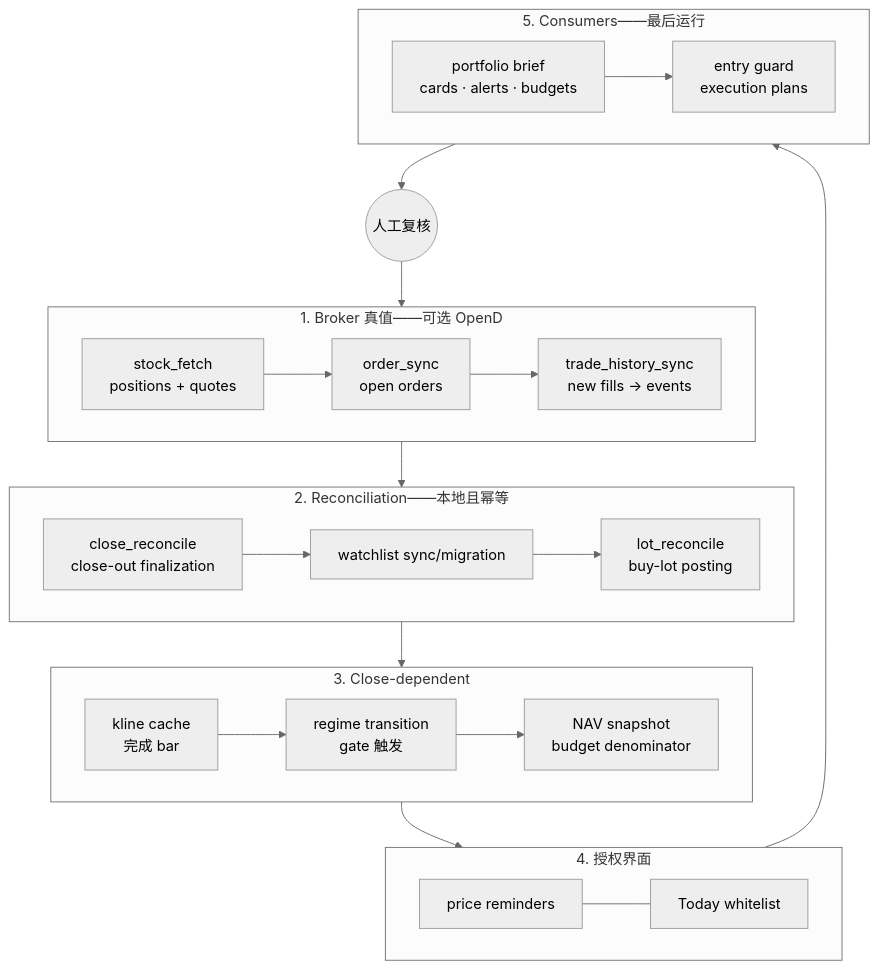
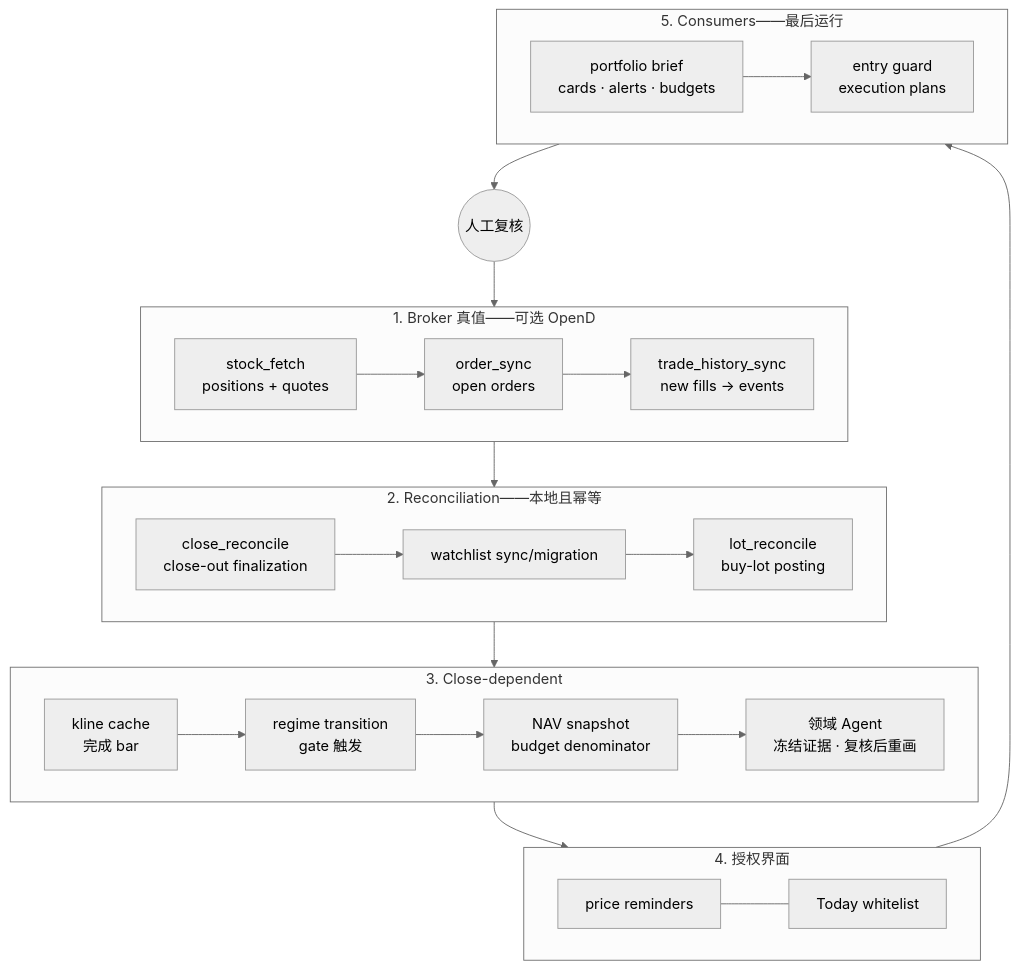
One commit to Coreychen4444/coreytrading changed the fifth of 5 diagrams in README_CN.md. Above: the diagram before and after it, drawn with Mermaid (neutral theme). The commit also changed other lines of this file and 138 other files, not shown here.

````diff
--- a/README_CN.md
+++ b/README_CN.md
@@ -402,25 +403,25 @@
 ```mermaid
 flowchart TD
     subgraph S1["1. Broker 真值——可选 OpenD"]
         direction LR
         P1["stock_fetch<br/>positions + quotes"] --> P2["order_sync<br/>open orders"] --> P3["trade_history_sync<br/>new fills → events"]
     end
     subgraph S2["2. Reconciliation——本地且幂等"]
         direction LR
         P4["close_reconcile<br/>close-out finalization"] --> P5["watchlist sync/migration"] --> P6["lot_reconcile<br/>buy-lot posting"]
     end
     subgraph S3["3. Close-dependent"]
         direction LR
-        P7["kline cache<br/>完成 bar"] --> P8["regime transition<br/>gate 触发"] --> P9["NAV snapshot<br/>budget denominator"]
+        P7["kline cache<br/>完成 bar"] --> P8["regime transition<br/>gate 触发"] --> P9["NAV snapshot<br/>budget denominator"] --> P9b["领域 Agent<br/>冻结证据 · 复核后重画"]
     end
     subgraph S4["4. 授权界面"]
         direction LR
         P10["price reminders"] --- P11["Today whitelist"]
     end
     subgraph S5["5. Consumers——最后运行"]
         direction LR
         P12["portfolio brief<br/>cards · alerts · budgets"] --> P13["entry guard<br/>execution plans"]
     end
     S1 --> S2 --> S3 --> S4 --> S5
     S5 --> H(("人工复核")) --> S1
 ```
````
